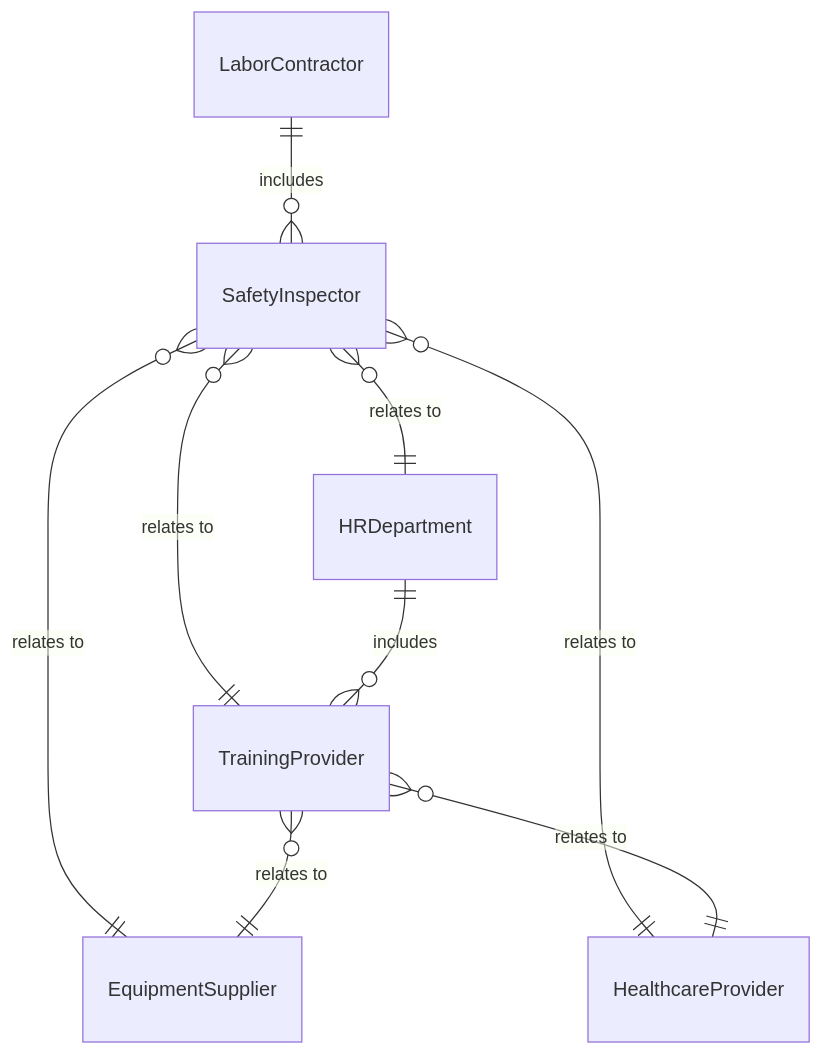
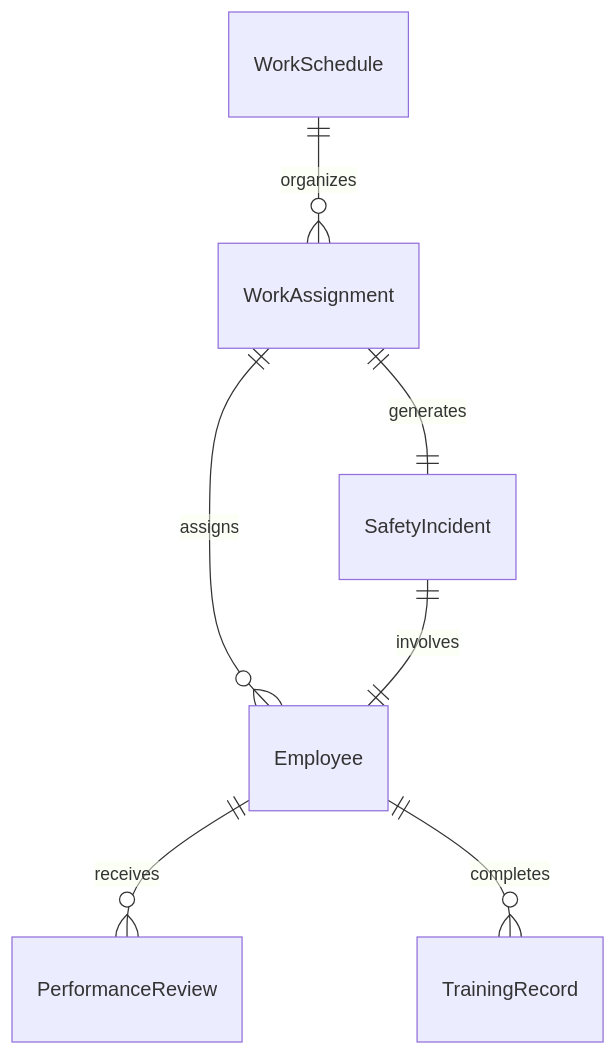
One commit to dot-org-ai/tasks.org.ai changed the first of 4 diagrams in GuidingDirectingAndMotivatingSubordinates/ManageAgriculturalOrForestryOperations/DirectActivitiesAgriculturalForestryFishery.mdx. Above: the diagram before and after it, drawn with Mermaid. The commit also changed other lines of this file and 515 other files, not shown here.

````diff
--- a/GuidingDirectingAndMotivatingSubordinates/ManageAgriculturalOrForestryOperations/DirectActivitiesAgriculturalForestryFishery.mdx
+++ b/GuidingDirectingAndMotivatingSubordinates/ManageAgriculturalOrForestryOperations/DirectActivitiesAgriculturalForestryFishery.mdx
@@ -89,11 +89,9 @@
 ```mermaid
 erDiagram
-    LaborContractor ||--o{ SafetyInspector : includes
-    SafetyInspector }o--|| HRDepartment : "relates to"
-    SafetyInspector }o--|| TrainingProvider : "relates to"
-    SafetyInspector }o--|| EquipmentSupplier : "relates to"
-    SafetyInspector }o--|| HealthcareProvider : "relates to"
-    HRDepartment ||--o{ TrainingProvider : includes
-    TrainingProvider }o--|| EquipmentSupplier : "relates to"
-    TrainingProvider }o--|| HealthcareProvider : "relates to"
+    WorkSchedule ||--o{ WorkAssignment : "organizes"
+    WorkAssignment ||--o{ Employee : "assigns"
+    Employee ||--o{ PerformanceReview : "receives"
+    Employee ||--o{ TrainingRecord : "completes"
+    SafetyIncident ||--|| Employee : "involves"
+    WorkAssignment ||--|| SafetyIncident : "generates"
 ```
````
